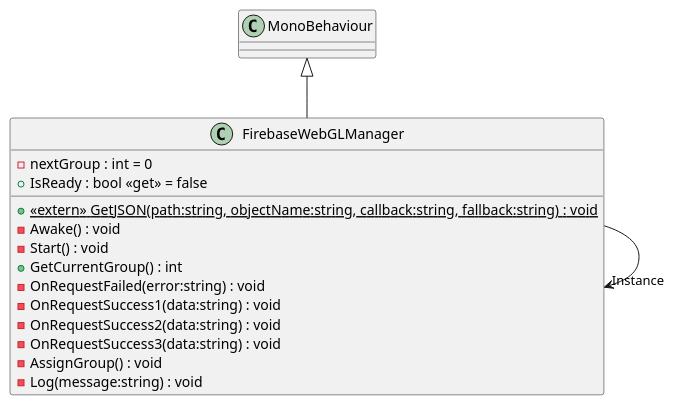
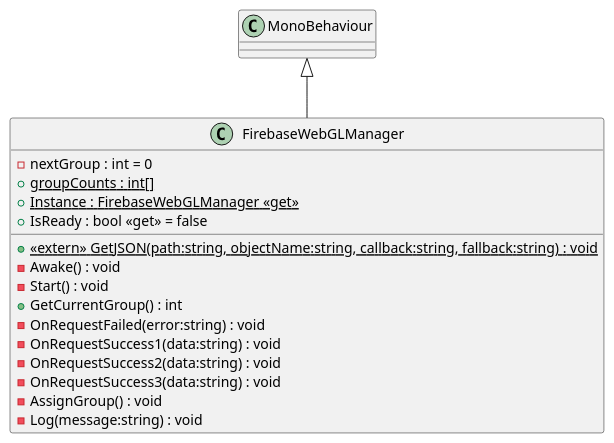
One commit to RadicalReptile/ToadRunnerStudy changed the diagram in UML/Assets/Scripts/FirebaseWebGLManager.puml. Above: the diagram before and after it, drawn with PlantUML. The commit also changed 15 other files, not shown here.

Commit message:
Generate UML (Generate UML)

```diff
--- a/UML/Assets/Scripts/FirebaseWebGLManager.puml
+++ b/UML/Assets/Scripts/FirebaseWebGLManager.puml
@@ -1,18 +1,19 @@
 @startuml
 class FirebaseWebGLManager {
     - nextGroup : int = 0
+    + {static} groupCounts : int[]
+    + {static} Instance : FirebaseWebGLManager <<get>>
     + IsReady : bool <<get>> = false
     + {static} <<extern>> GetJSON(path:string, objectName:string, callback:string, fallback:string) : void
     - Awake() : void
     - Start() : void
     + GetCurrentGroup() : int
     - OnRequestFailed(error:string) : void
     - OnRequestSuccess1(data:string) : void
     - OnRequestSuccess2(data:string) : void
     - OnRequestSuccess3(data:string) : void
     - AssignGroup() : void
     - Log(message:string) : void
 }
 MonoBehaviour <|-- FirebaseWebGLManager
-FirebaseWebGLManager --> "Instance" FirebaseWebGLManager
 @enduml
```
